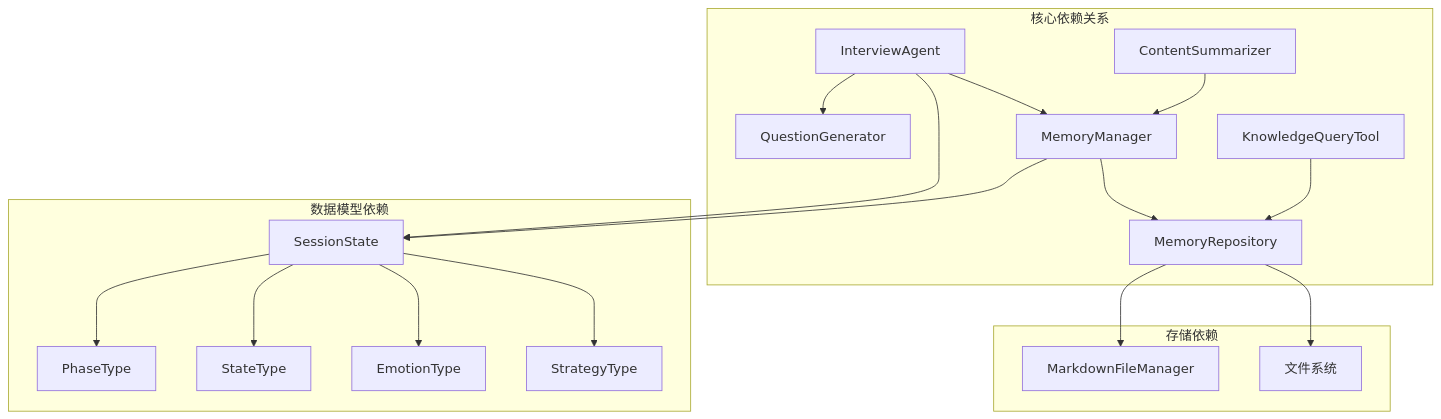
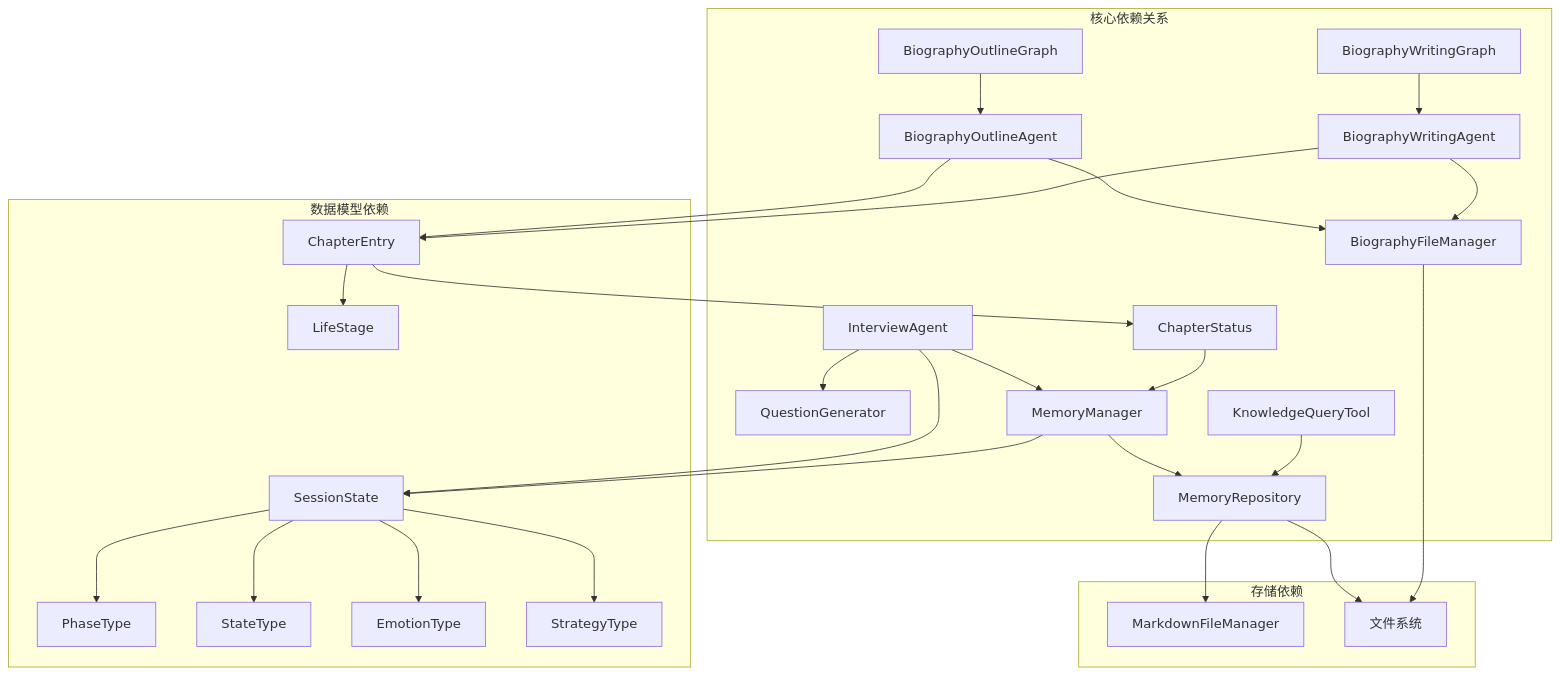
Diagram 13 of 14 in .qoder/repowiki/zh/content/自传生成系统.md (WangYiKai1017/zizuan), drawn with Mermaid before and after one commit. The commit also changed other lines of this file and 99 other files, not shown here.

````diff
--- a/.qoder/repowiki/zh/content/自传生成系统.md
+++ b/.qoder/repowiki/zh/content/自传生成系统.md
@@ -411,22 +631,31 @@
 ```mermaid
 graph TB
 subgraph "核心依赖关系"
 IA[InterviewAgent] --> QG[QuestionGenerator]
 IA --> MM[MemoryManager]
 MM --> MR[MemoryRepository]
 CS[ContentSummarizer] --> MM
 KQ[KnowledgeQueryTool] --> MR
+BOA[BiographyOutlineAgent] --> BFM[BiographyFileManager]
+BWA[BiographyWritingAgent] --> BFM
+BOL[BiographyOutlineGraph] --> BOA
+BWG[BiographyWritingGraph] --> BWA
 end
 subgraph "数据模型依赖"
 SS[SessionState] --> PT[PhaseType]
 SS --> ST[StateType]
 SS --> ET[EmotionType]
 SS --> STR[StrategyType]
+BE[ChapterEntry] --> CS[ChapterStatus]
+BE --> LS[LifeStage]
 end
 subgraph "存储依赖"
 MR --> MF[MarkdownFileManager]
 MR --> FS[文件系统]
+BFM --> FS
 end
 IA --> SS
 MM --> SS
+BOA --> BE
+BWA --> BE
 ```
````
